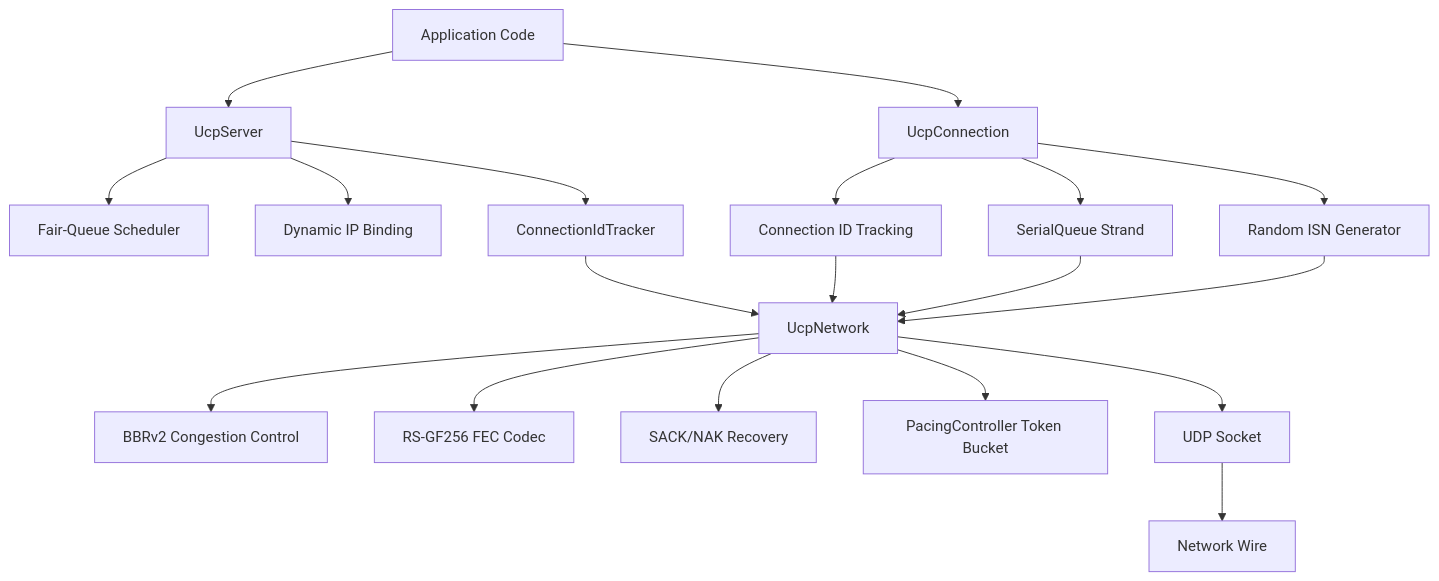
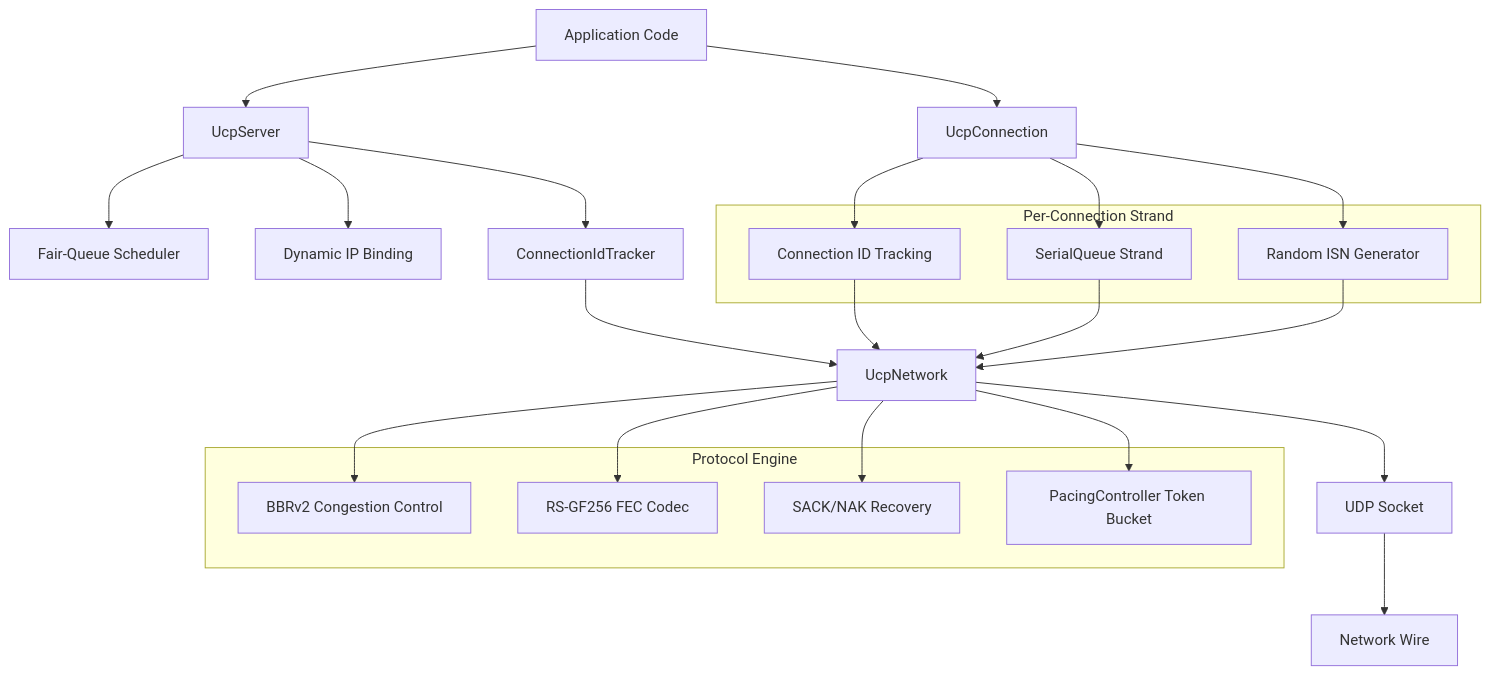
The second of 3 diagrams in docs/index.md (liulilittle/ucp), drawn with Mermaid before and after one commit. The commit also changed other lines of this file and 17 other files, not shown here.

````diff
--- a/docs/index.md
+++ b/docs/index.md
@@ -112,21 +137,34 @@
 ```mermaid
 flowchart TD
     App[Application Code] --> Server[UcpServer]
     App --> Client[UcpConnection]
     Server --> FQ[Fair-Queue Scheduler]
     Server --> Bind[Dynamic IP Binding]
     Server --> ConnIdSvr[ConnectionIdTracker]
     Client --> ConnId[Connection ID Tracking]
     Client --> SerialQ[SerialQueue Strand]
     Client --> ISN[Random ISN Generator]
     ConnId --> Net[UcpNetwork]
     ConnIdSvr --> Net
     SerialQ --> Net
     ISN --> Net
     Net --> BBRv2[BBRv2 Congestion Control]
     Net --> FEC[RS-GF256 FEC Codec]
     Net --> SACKNAK[SACK/NAK Recovery]
     Net --> Pacing[PacingController Token Bucket]
     Net --> Socket[UDP Socket]
     Socket --> Wire[Network Wire]
+
+    subgraph "Per-Connection Strand"
+        SerialQ
+        ConnId
+        ISN
+    end
+
+    subgraph "Protocol Engine"
+        BBRv2
+        FEC
+        SACKNAK
+        Pacing
+    end
 ```
````
